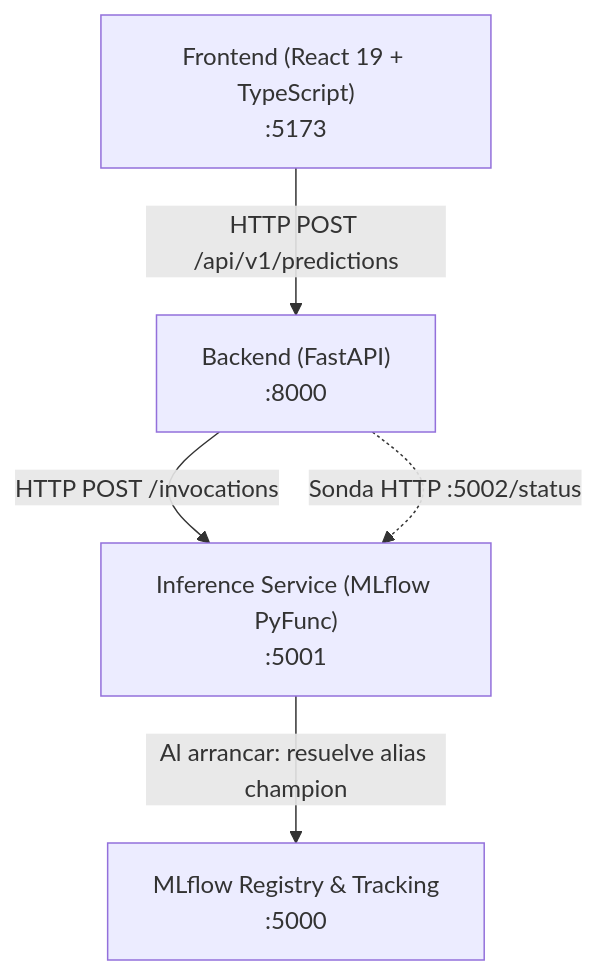
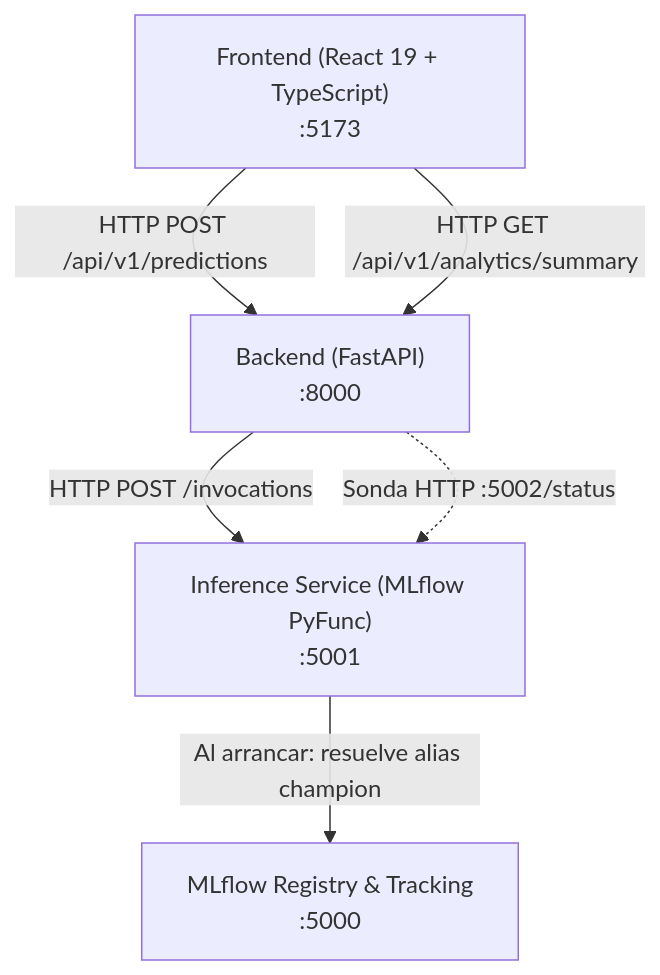
One commit to PDS-Microproyecto-Grupo-13/Microproyecto changed the first of 2 diagrams in README.md. Above: the diagram before and after it, drawn with Mermaid. The commit also changed other lines of this file and 11 other files, not shown here.

````diff
--- a/README.md
+++ b/README.md
@@ -25,7 +25,8 @@
 ```mermaid
 flowchart TD
     UI["Frontend (React 19 + TypeScript)<br/>:5173"] -->|"HTTP POST /api/v1/predictions"| API["Backend (FastAPI)<br/>:8000"]
+    UI -->|"HTTP GET /api/v1/analytics/summary"| API
     API -->|"HTTP POST /invocations"| INF["Inference Service (MLflow PyFunc)<br/>:5001"]
     INF -->|"Al arrancar: resuelve alias champion"| REG["MLflow Registry & Tracking<br/>:5000"]
     API -.->|"Sonda HTTP :5002/status"| INF
 ```
````
